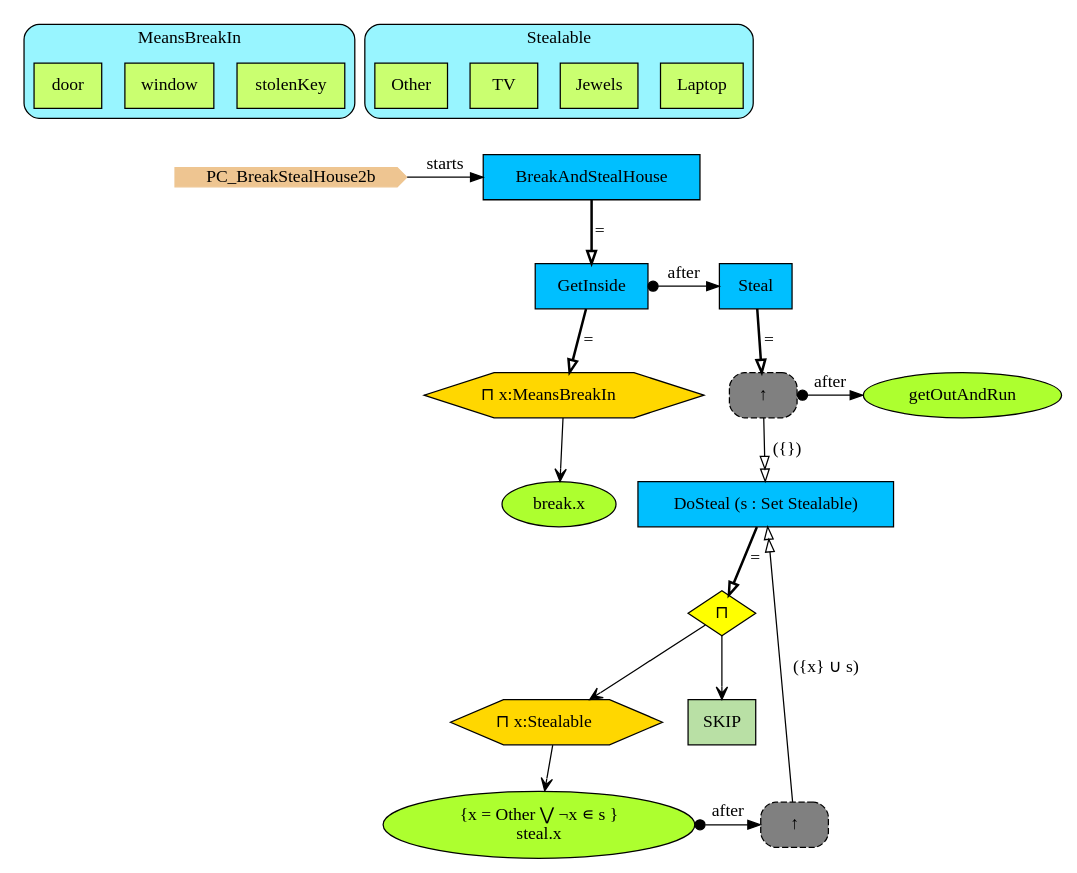
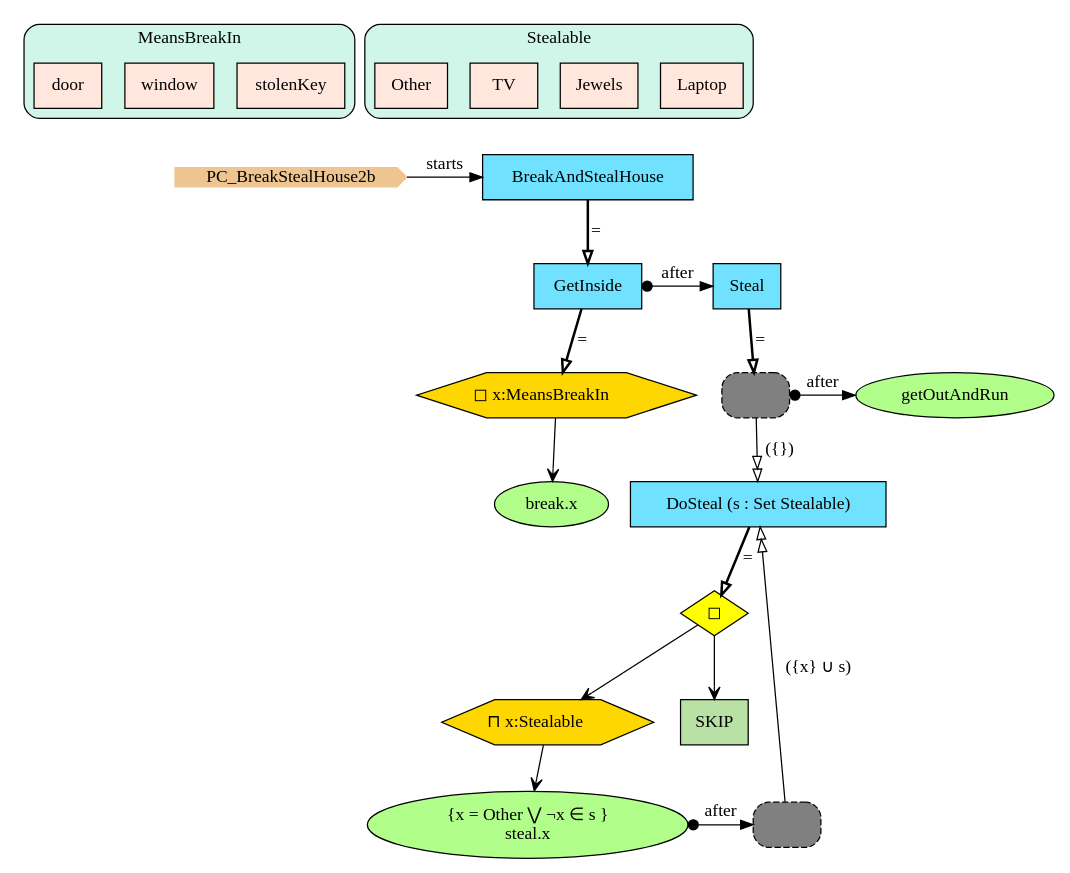
Before and after one commit to namalio/Fragmenta: the diagram in Haskell/PCs/Examples/img/PC_BreakStealHouse2b.gv, drawn with Graphviz. The commit also changed 70 other files, not shown here.

```diff
--- a/Haskell/PCs/Examples/img/PC_BreakStealHouse2b.gv
+++ b/Haskell/PCs/Examples/img/PC_BreakStealHouse2b.gv
@@ -1,58 +1,59 @@
 digraph {
 subgraph cluster_MeansBreakIn {
 style="filled,rounded";
 label =MeansBreakIn;
-fillcolor = cadetblue1;
-stolenKey[shape=box,fillcolor=darkolivegreen1,style="filled",label="stolenKey"];
-window[shape=box,fillcolor=darkolivegreen1,style="filled",label="window"];
-door[shape=box,fillcolor=darkolivegreen1,style="filled",label="door"];
+fillcolor = "#D0F5E9";
+stolenKey[shape=box,fillcolor="#FFE7DD",style="filled",label="stolenKey"];
+window[shape=box,fillcolor="#FFE7DD",style="filled",label="window"];
+door[shape=box,fillcolor="#FFE7DD",style="filled",label="door"];
 }
 
 subgraph cluster_Stealable {
 style="filled,rounded";
 label =Stealable;
-fillcolor = cadetblue1;
-Laptop[shape=box,fillcolor=darkolivegreen1,style="filled",label="Laptop"];
-Jewels[shape=box,fillcolor=darkolivegreen1,style="filled",label="Jewels"];
-TV[shape=box,fillcolor=darkolivegreen1,style="filled",label="TV"];
-Other[shape=box,fillcolor=darkolivegreen1,style="filled",label="Other"];
+fillcolor = "#D0F5E9";
+Laptop[shape=box,fillcolor="#FFE7DD",style="filled",label="Laptop"];
+Jewels[shape=box,fillcolor="#FFE7DD",style="filled",label="Jewels"];
+TV[shape=box,fillcolor="#FFE7DD",style="filled",label="TV"];
+Other[shape=box,fillcolor="#FFE7DD",style="filled",label="Other"];
 }
 
 
 stolenKey->StartN_[style=invis]
 StartN_ [shape = cds,color=burlywood2,style=filled,height=.2,width=.2, label =PC_BreakStealHouse2b];
-BreakAndStealHouse [shape=box,fillcolor=deepskyblue,style = filled,label="BreakAndStealHouse "];
-QOpGetInside [shape=hexagon,fillcolor=gold1,style=filled,label=<⊓ x:MeansBreakIn>];
-RefDoSteal [shape=rectangle,fillcolor=gray,style="rounded,filled,dashed",label="↑ "];
-DoSteal [shape=box,fillcolor=deepskyblue,style = filled,label="DoSteal (s : Set Stealable)"];
+
+BreakAndStealHouse [shape=box,fillcolor="#70E2FF",style = filled,label="BreakAndStealHouse"];
+QOpGetInside [shape=hexagon,fillcolor=gold1,style=filled,label=<◻︎ x:MeansBreakIn>];
+RefDoSteal [shape=rectangle,fillcolor=gray,style="rounded,filled,dashed",label=""];
+DoSteal [shape=box,fillcolor="#70E2FF",style = filled,label="DoSteal (s : Set Stealable)"];
 StealO [shape=hexagon,fillcolor=gold1,style=filled,label=<⊓ x:Stealable>];
 SKIP [shape=box,fillcolor="#B9E0A5",style = filled,label="SKIP"];
-getOutAndRun [shape=ellipse,fillcolor=greenyellow,style=filled,label="getOutAndRun"];
-RefDoSteal2 [shape=rectangle,fillcolor=gray,style="rounded,filled,dashed",label="↑ "];
-steal [shape=ellipse,fillcolor=greenyellow,style=filled,label=" {x = Other ⋁ ¬x ∊ s }
+getOutAndRun [shape=ellipse,fillcolor="#B1FF8A",style=filled,label="getOutAndRun"];
+RefDoSteal2 [shape=rectangle,fillcolor=gray,style="rounded,filled,dashed",label=""];
+steal [shape=ellipse,fillcolor="#B1FF8A",style=filled,label=" {x = Other ⋁ ¬x ∈ s }
 steal.x"];
-OpSteal [shape=diamond,fillcolor=yellow,style=filled,label="⊓"];
-Steal [shape=box,fillcolor=deepskyblue,style = filled,label="Steal "];
-break [shape=ellipse,fillcolor=greenyellow,style=filled,label="break.x"];
-GetInside [shape=box,fillcolor=deepskyblue,style = filled,label="GetInside "];
+OpSteal [shape=diamond,fillcolor=yellow,style=filled,label="◻︎"];
+Steal [shape=box,fillcolor="#70E2FF",style = filled,label="Steal"];
+break [shape=ellipse,fillcolor="#B1FF8A",style=filled,label="break.x"];
+GetInside [shape=box,fillcolor="#70E2FF",style = filled,label="GetInside"];
 
 {rank=same;Steal,GetInside}
 {rank=same;getOutAndRun,RefDoSteal}
 {rank=same;RefDoSteal2,steal}
 {rank=same;BreakAndStealHouse,StartN_}
 
 RefDoSteal2->DoSteal[arrowhead="normalnormal",fillcolor=white,label=" ({x} ∪ s)"];
 OpSteal->SKIP[arrowhead="open"];
 StealO->steal[arrowhead="open"];
 RefDoSteal->DoSteal[arrowhead="normalnormal",fillcolor=white,label=" ({})"];
 QOpGetInside->break[arrowhead="open"];
 GetInside->Steal[arrowtail=dot,dir=both,label="after"];
 RefDoSteal->getOutAndRun[arrowtail=dot,dir=both,label="after"];
 OpSteal->StealO[arrowhead="open"];
 steal->RefDoSteal2[arrowtail=dot,dir=both,label="after"];
 BreakAndStealHouse->GetInside[arrowhead="onormal",penwidth=2,label="="];
 DoSteal->OpSteal[arrowhead="onormal",penwidth=2,label="="];
 Steal->RefDoSteal[arrowhead="onormal",penwidth=2,label="="];
 GetInside->QOpGetInside[arrowhead="onormal",penwidth=2,label="="];
 StartN_->BreakAndStealHouse[label="starts"];
 }
```
